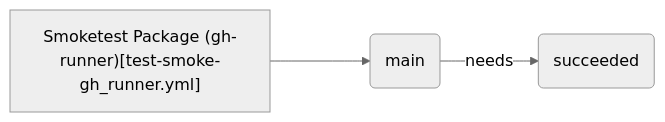
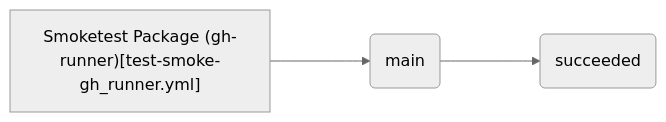
Before and after one commit to hpcc-systems/HPCC-Platform: diagram 16 of 27 in .github/workflows/ActionFlow.md, drawn with Mermaid (neutral theme). The commit also changed other lines of this file, not shown here.

Commit message:
Remove uses and needs path-labels

````diff
--- a/.github/workflows/ActionFlow.md
+++ b/.github/workflows/ActionFlow.md
@@ -136,8 +136,8 @@
 ```mermaid
 
 flowchart LR
 
   SMOKETEST_PACKAGE__GH-RUNNER_["Smoketest Package (gh-runner)[test-smoke-gh_runner.yml]"] ---> main(main)
-  main(main) --needs--> succeeded(succeeded)
+  main(main) ---> succeeded(succeeded)
 
 ```
````
